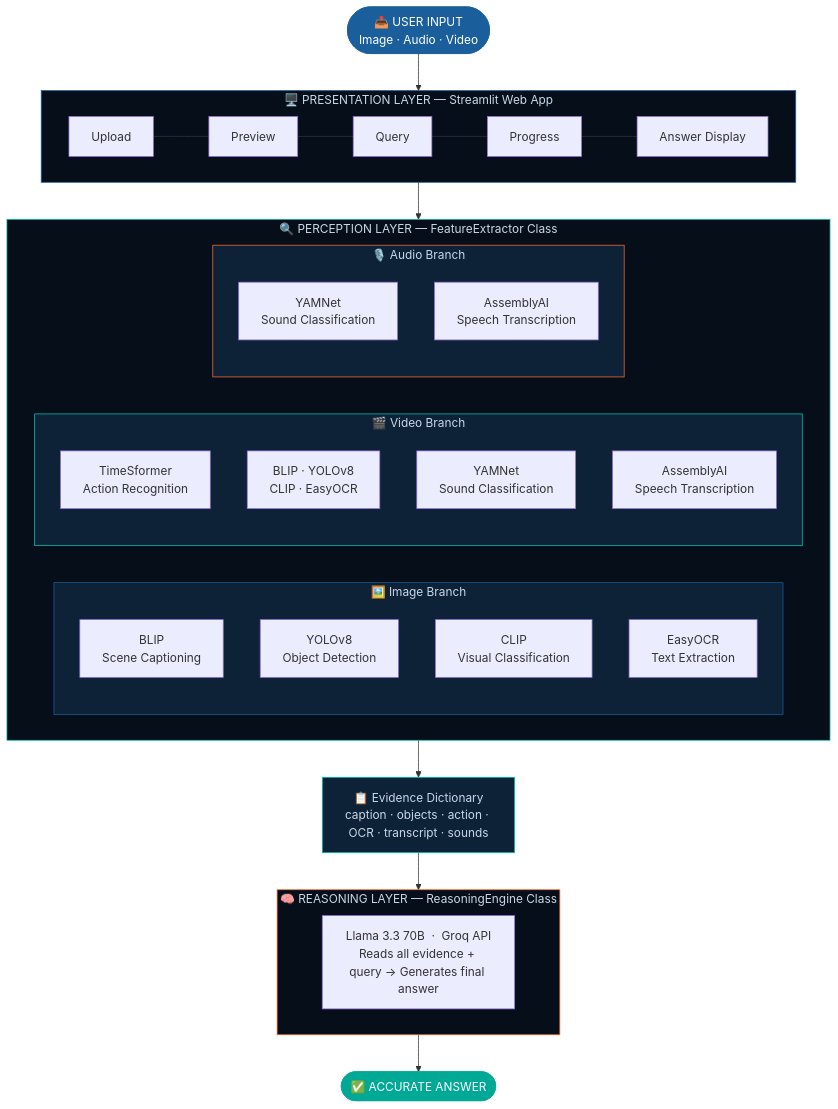
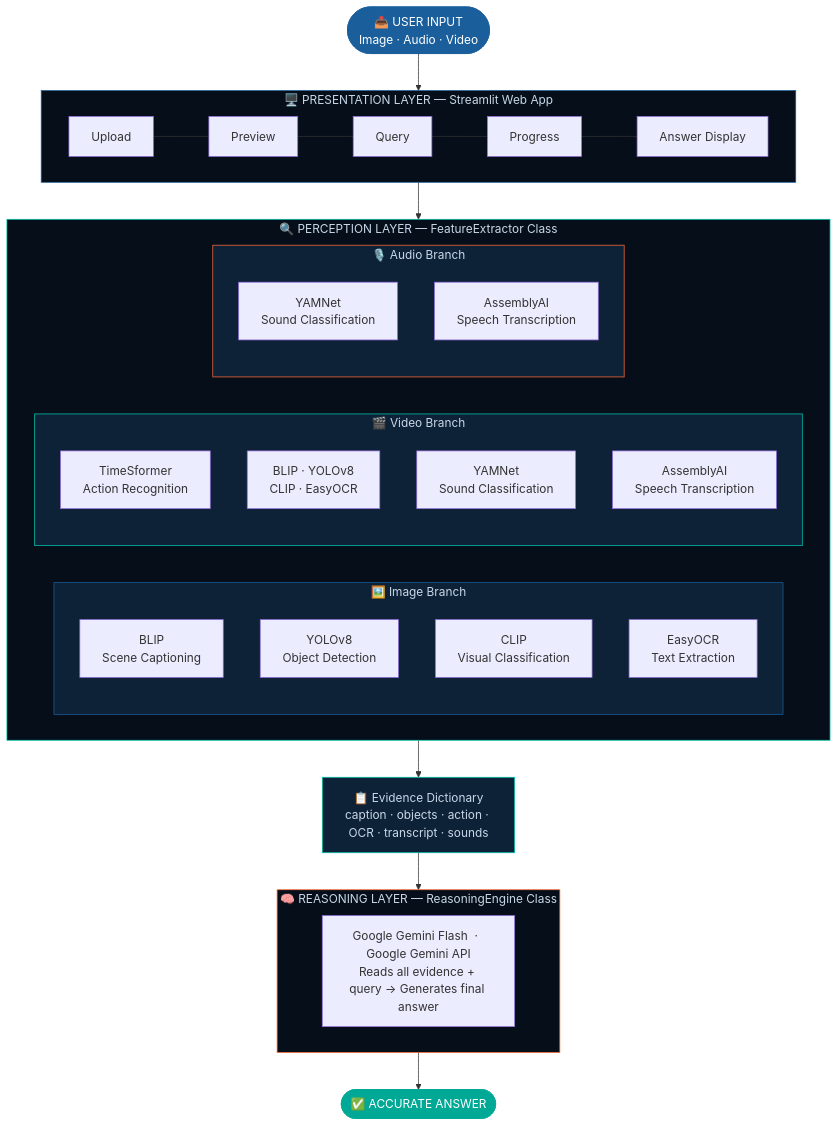
One commit to vaibhavsimha-j/Fluxora changed the diagram in README.md. Above: the diagram before and after it, drawn with Mermaid. The commit also changed other lines of this file, not shown here.

````diff
--- a/README.md
+++ b/README.md
@@ -35,53 +35,53 @@
 ```mermaid
 flowchart TD
     A([" 📤 USER INPUT\nImage · Audio · Video "]) --> B
 
     subgraph B["🖥️ PRESENTATION LAYER — Streamlit Web App"]
         B1[Upload] --- B2[Preview] --- B3[Query] --- B4[Progress] --- B5[Answer Display]
     end
 
     B --> C
 
     subgraph C["🔍 PERCEPTION LAYER — FeatureExtractor Class"]
         direction LR
 
         subgraph IMG["🖼️ Image Branch"]
             I1[BLIP\nScene Captioning]
             I2[YOLOv8\nObject Detection]
             I3[CLIP\nVisual Classification]
             I4[EasyOCR\nText Extraction]
         end
 
         subgraph VID["🎬 Video Branch"]
             V1[TimeSformer\nAction Recognition]
             V2[BLIP · YOLOv8\nCLIP · EasyOCR]
             V3[YAMNet\nSound Classification]
             V4[AssemblyAI\nSpeech Transcription]
         end
 
         subgraph AUD["🎙️ Audio Branch"]
             A1[YAMNet\nSound Classification]
             A2[AssemblyAI\nSpeech Transcription]
         end
     end
 
     C --> D["📋 Evidence Dictionary\ncaption · objects · action · OCR · transcript · sounds"]
 
     D --> E
 
     subgraph E["🧠 REASONING LAYER — ReasoningEngine Class"]
-        E1["Llama 3.3 70B  ·  Groq API\nReads all evidence + query → Generates final answer"]
+        E1["Google Gemini Flash  ·  Google Gemini API\nReads all evidence + query → Generates final answer"]
     end
 
     E --> F([" ✅ ACCURATE ANSWER "])
 
     style A fill:#1A5F9C,color:#fff,stroke:#1A5F9C
     style F fill:#00A896,color:#fff,stroke:#00A896
     style D fill:#0D2137,color:#C8D8E8,stroke:#00C9B1
     style IMG fill:#0D2137,color:#C8D8E8,stroke:#1A5F9C
     style VID fill:#0D2137,color:#C8D8E8,stroke:#00C9B1
     style AUD fill:#0D2137,color:#C8D8E8,stroke:#FF6B35
     style B fill:#060E1A,color:#C8D8E8,stroke:#1A5F9C
     style C fill:#060E1A,color:#C8D8E8,stroke:#00C9B1
     style E fill:#060E1A,color:#C8D8E8,stroke:#FF6B35
 ```
````
